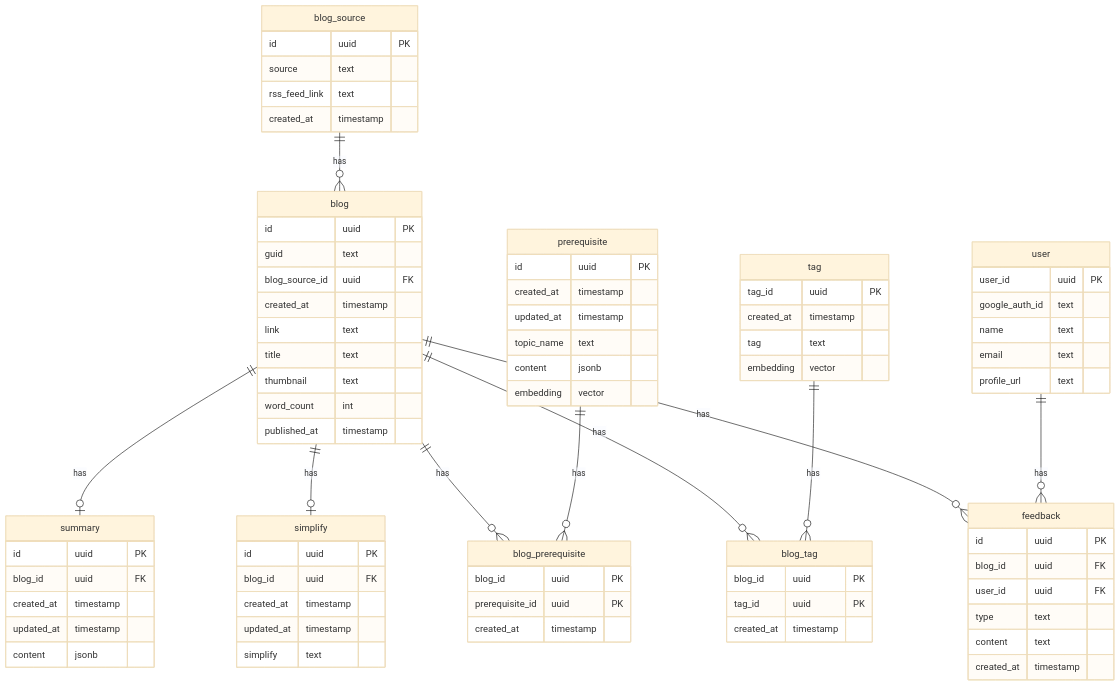
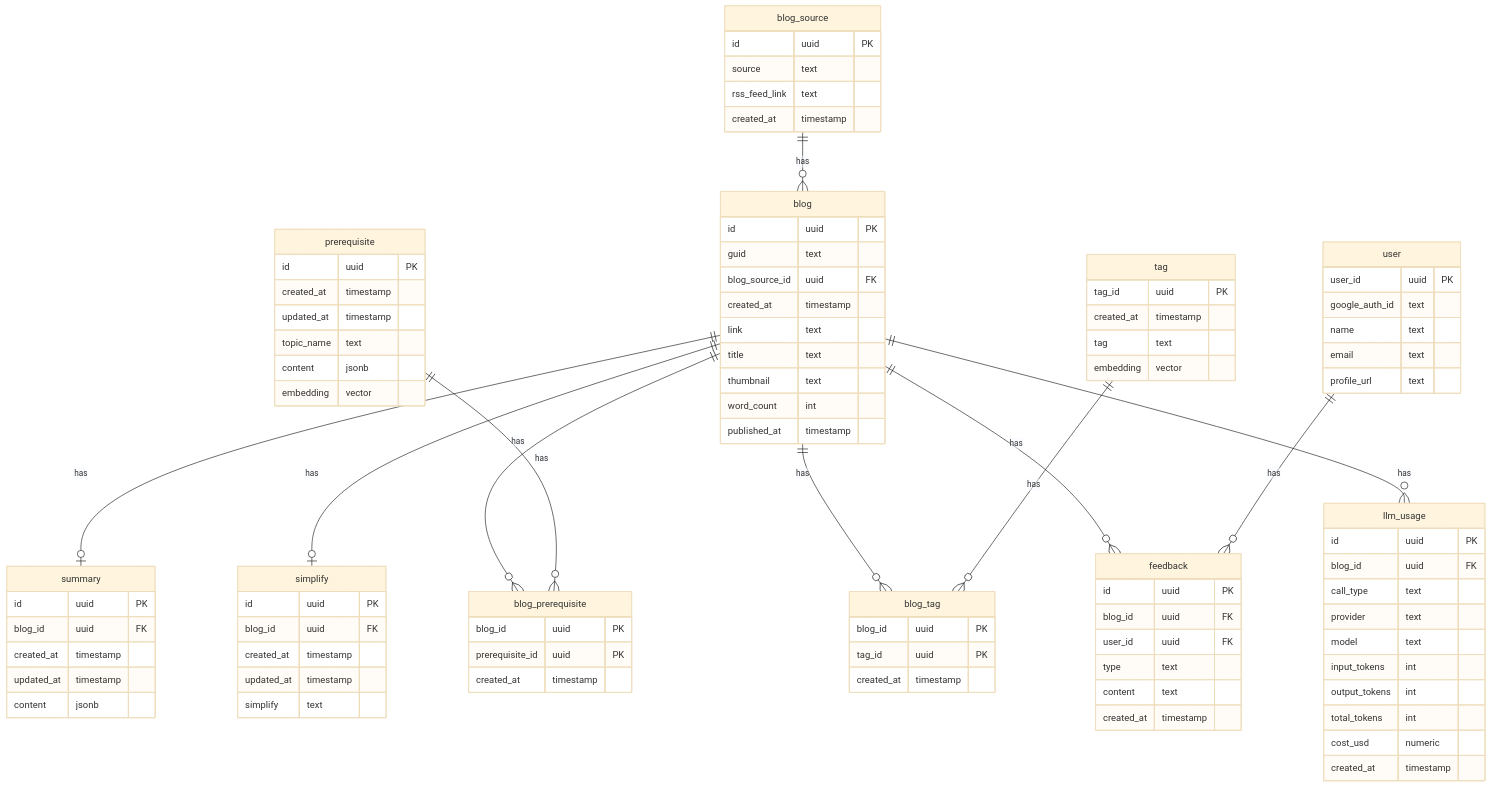
The diagram in docs/schema.md (mridubhatnagar/enggfeed), drawn with Mermaid (base theme) before and after one commit. The commit also changed other lines of this file and 12 other files, not shown here.

Commit message:
feat: track per-call LLM/embedding cost during ingest

````diff
--- a/docs/schema.md
+++ b/docs/schema.md
@@ -223,6 +241,19 @@
         created_at timestamp
     }
 
+    llm_usage {
+        id uuid PK
+        blog_id uuid FK
+        call_type text
+        provider text
+        model text
+        input_tokens int
+        output_tokens int
+        total_tokens int
+        cost_usd numeric
+        created_at timestamp
+    }
+
     blog_source ||--o{ blog : "has"
     blog ||--o| summary : "has"
     blog ||--o| simplify : "has"
@@ -232,4 +263,5 @@
     tag ||--o{ blog_tag : "has"
     blog ||--o{ feedback : "has"
     user ||--o{ feedback : "has"
+    blog ||--o{ llm_usage : "has"
 ```
````
